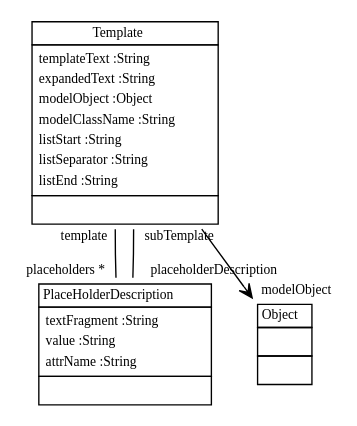
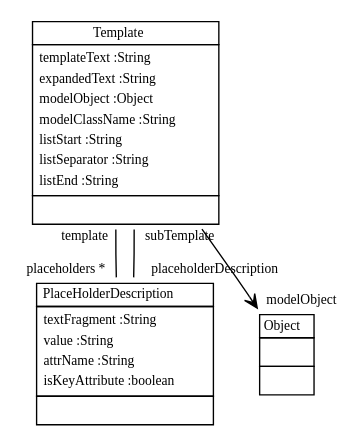
The diagram in doc/modelToTextToModelClassModelClassDiagram1.dot (fujaba/SDMLib), drawn with Graphviz before and after one commit. The commit also changed 23 other files, not shown here.

```diff
--- a/doc/modelToTextToModelClassModelClassDiagram1.dot
+++ b/doc/modelToTextToModelClassModelClassDiagram1.dot
@@ -1,16 +1,16 @@
 
  digraph ClassDiagram {
     node [shape = none, fontsize = 10]; 
     edge [fontsize = 10];
     
     
     _Template [label=<<table border='0' cellborder='1' cellspacing='0'> <tr> <td HREF="../test/org/sdmlib/models/transformations/Template.java">Template</td> </tr> <tr><td><table border='0' cellborder='0' cellspacing='0'> <tr><td align='left'>templateText :String</td></tr> <tr><td align='left'>expandedText :String</td></tr> <tr><td align='left'>modelObject :Object</td></tr> <tr><td align='left'>modelClassName :String</td></tr> <tr><td align='left'>listStart :String</td></tr> <tr><td align='left'>listSeparator :String</td></tr> <tr><td align='left'>listEnd :String</td></tr>  </table></td></tr> <tr><td><table border='0' cellborder='0' cellspacing='0'> <tr><td> </td></tr> </table></td></tr> </table>>];
-    _PlaceHolderDescription [label=<<table border='0' cellborder='1' cellspacing='0'> <tr> <td HREF="../test/org/sdmlib/models/transformations/PlaceHolderDescription.java">PlaceHolderDescription</td> </tr> <tr><td><table border='0' cellborder='0' cellspacing='0'> <tr><td align='left'>textFragment :String</td></tr> <tr><td align='left'>value :String</td></tr> <tr><td align='left'>attrName :String</td></tr>  </table></td></tr> <tr><td><table border='0' cellborder='0' cellspacing='0'> <tr><td> </td></tr> </table></td></tr> </table>>];
+    _PlaceHolderDescription [label=<<table border='0' cellborder='1' cellspacing='0'> <tr> <td HREF="../test/org/sdmlib/models/transformations/PlaceHolderDescription.java">PlaceHolderDescription</td> </tr> <tr><td><table border='0' cellborder='0' cellspacing='0'> <tr><td align='left'>textFragment :String</td></tr> <tr><td align='left'>value :String</td></tr> <tr><td align='left'>attrName :String</td></tr> <tr><td align='left'>isKeyAttribute :boolean</td></tr>  </table></td></tr> <tr><td><table border='0' cellborder='0' cellspacing='0'> <tr><td> </td></tr> </table></td></tr> </table>>];
     _Object [label=<<table border='0' cellborder='1' cellspacing='0'> <tr> <td HREF="../test/java/lang/Object.java">Object</td> </tr> <tr><td><table border='0' cellborder='0' cellspacing='0'> <tr><td> </td></tr> </table></td></tr> <tr><td><table border='0' cellborder='0' cellspacing='0'> <tr><td> </td></tr> </table></td></tr> </table>>];
     
     
     
     _Template -> _PlaceHolderDescription [headlabel = "placeholders *" taillabel = "template" arrowhead = "none" ];
     _PlaceHolderDescription -> _Template [headlabel = "subTemplate" taillabel = "placeholderDescription" arrowhead = "none" ];
     _Template -> _Object [headlabel = "modelObject" taillabel = "" arrowhead = "vee" ];
 }
```
